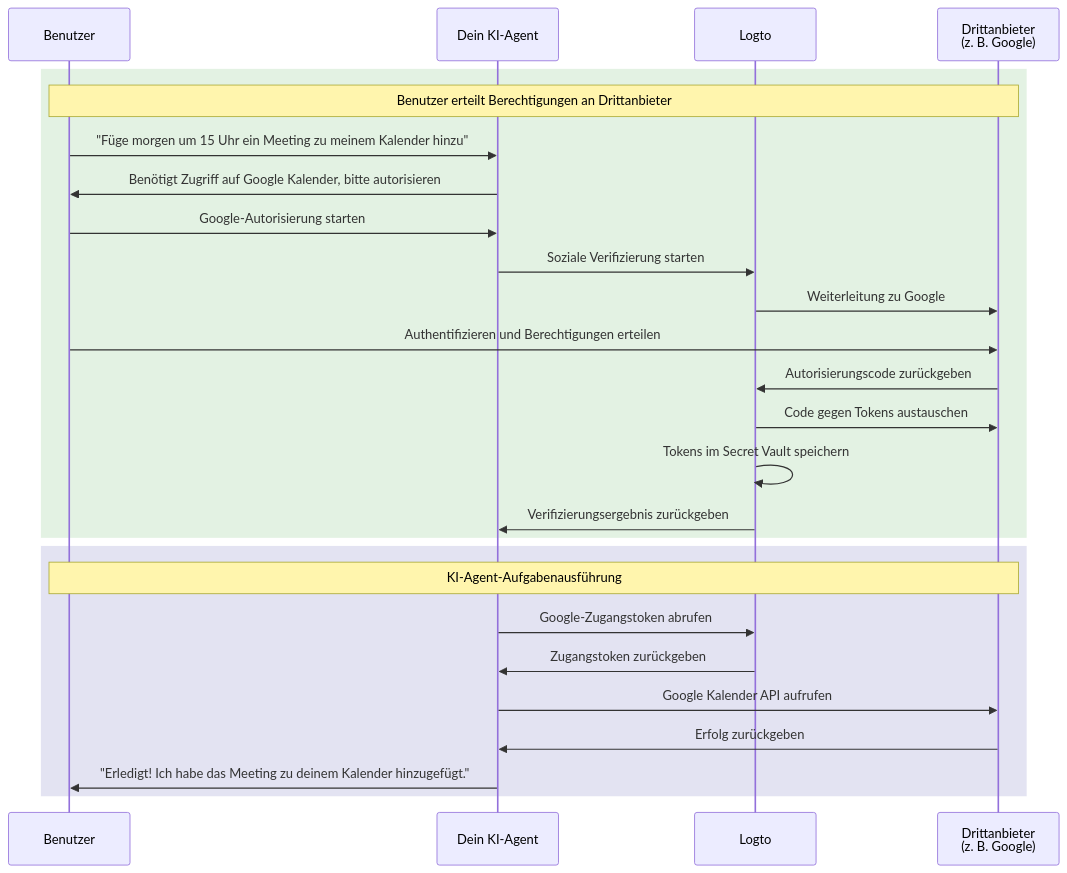
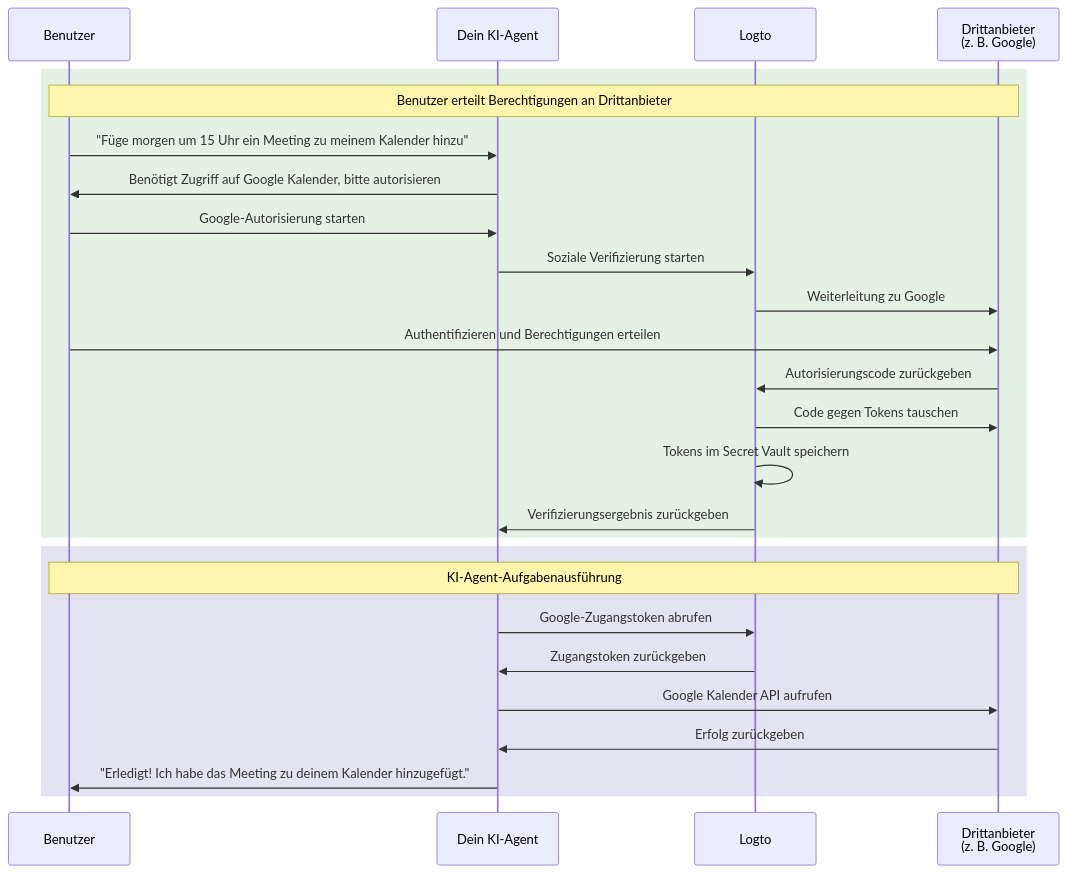
One commit to logto-io/docs changed the diagram in i18n/de/docusaurus-plugin-content-docs/current/use-cases/ai/connect-your-agent-to-third-party-apis.mdx. Above: the diagram before and after it, drawn with Mermaid. The commit also changed other lines of this file and 666 other files, not shown here.

````diff
--- a/i18n/de/docusaurus-plugin-content-docs/current/use-cases/ai/connect-your-agent-to-third-party-apis.mdx
+++ b/i18n/de/docusaurus-plugin-content-docs/current/use-cases/ai/connect-your-agent-to-third-party-apis.mdx
@@ -32,30 +32,30 @@
 ```mermaid
 sequenceDiagram
     participant User as Benutzer
     participant Agent as Dein KI-Agent
     participant Logto
     participant Google as Drittanbieter<br/>(z. B. Google)
 
     rect rgba(200, 230, 200, 0.5)
         Note over User, Google: Benutzer erteilt Berechtigungen an Drittanbieter
         User->>Agent: "Füge morgen um 15 Uhr ein Meeting zu meinem Kalender hinzu"
         Agent->>User: Benötigt Zugriff auf Google Kalender, bitte autorisieren
         User->>Agent: Google-Autorisierung starten
         Agent->>Logto: Soziale Verifizierung starten
         Logto->>Google: Weiterleitung zu Google
         User->>Google: Authentifizieren und Berechtigungen erteilen
         Google->>Logto: Autorisierungscode zurückgeben
-        Logto->>Google: Code gegen Tokens austauschen
+        Logto->>Google: Code gegen Tokens tauschen
         Logto->>Logto: Tokens im Secret Vault speichern
         Logto->>Agent: Verifizierungsergebnis zurückgeben
     end
 
     rect rgba(200, 200, 230, 0.5)
         Note over User, Google: KI-Agent-Aufgabenausführung
         Agent->>Logto: Google-Zugangstoken abrufen
         Logto->>Agent: Zugangstoken zurückgeben
         Agent->>Google: Google Kalender API aufrufen
         Google->>Agent: Erfolg zurückgeben
         Agent->>User: "Erledigt! Ich habe das Meeting zu deinem Kalender hinzugefügt."
     end
 ```
````
